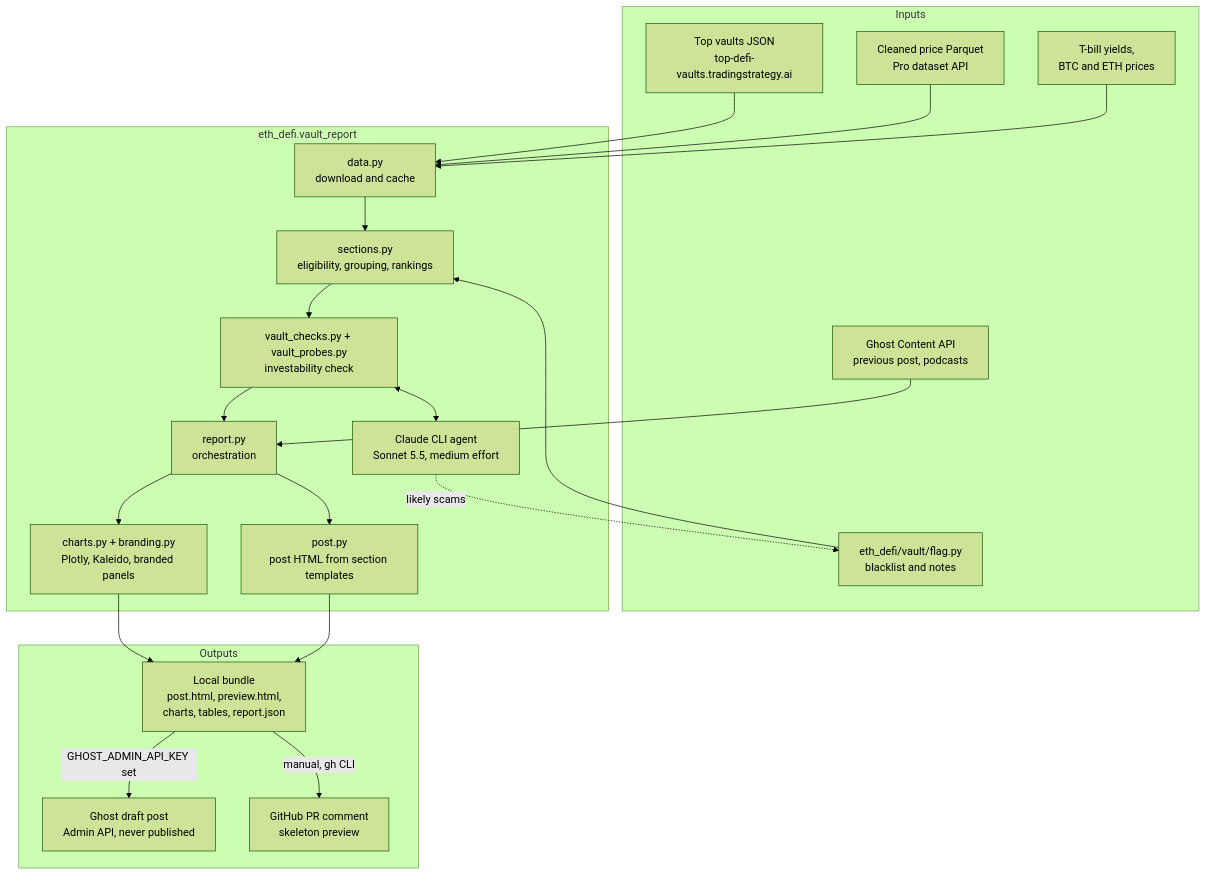
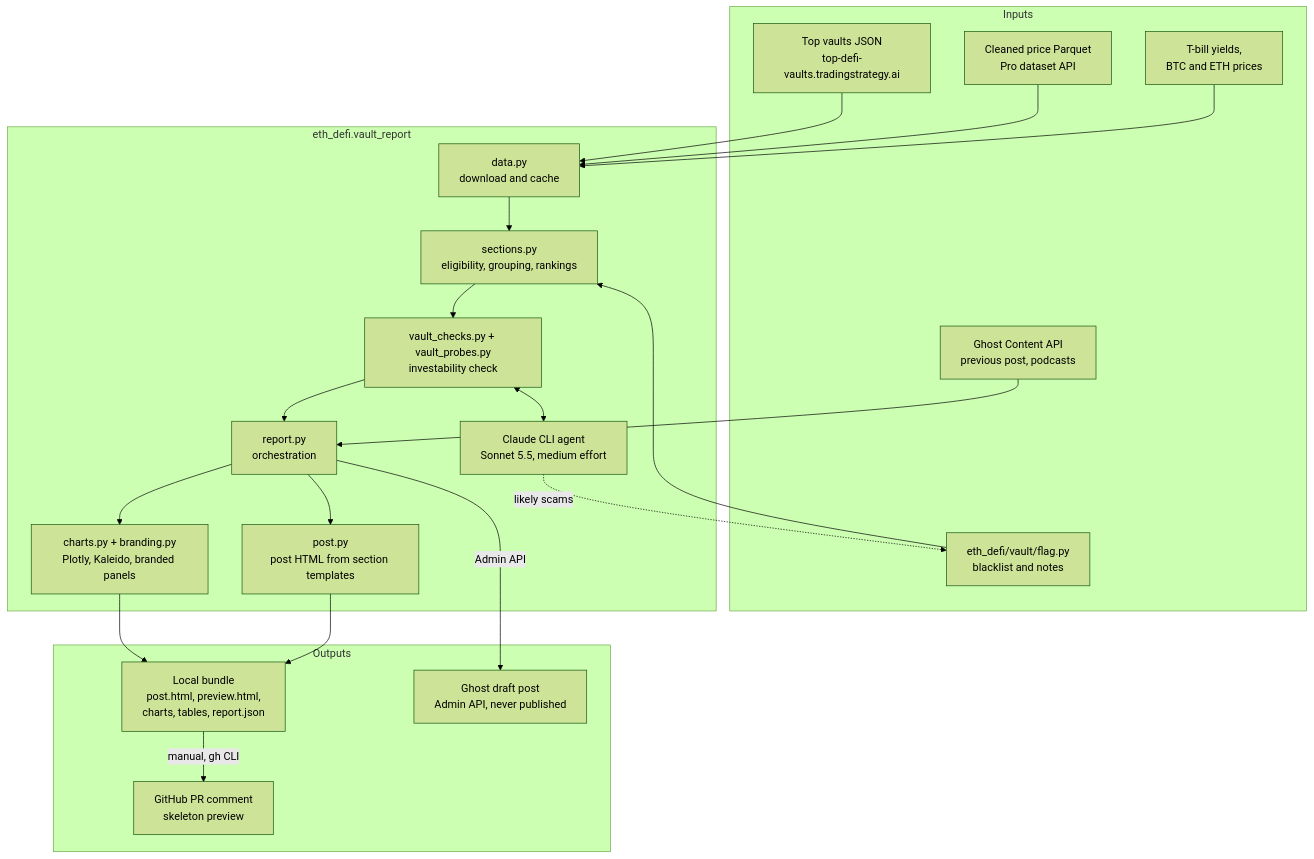
Before and after one commit to tradingstrategy-ai/web3-ethereum-defi: the diagram in eth_defi/vault_report/README-best-vaults-news.md, drawn with Mermaid (forest theme). The commit also changed other lines of this file and 4 other files, not shown here.

Commit message:
feat: the monthly vault report script creates the unpublished Ghost draft by default and stops at startup without a usable Admin API key

````diff
--- a/eth_defi/vault_report/README-best-vaults-news.md
+++ b/eth_defi/vault_report/README-best-vaults-news.md
@@ -40,42 +40,42 @@
 ```mermaid
 flowchart TD
     subgraph Inputs
         TV[Top vaults JSON<br/>top-defi-vaults.tradingstrategy.ai]
         PQ[Cleaned price Parquet<br/>Pro dataset API]
         BM[T-bill yields,<br/>BTC and ETH prices]
         GC[Ghost Content API<br/>previous post, podcasts]
         FL[eth_defi/vault/flag.py<br/>blacklist and notes]
     end
 
     subgraph Pipeline["eth_defi.vault_report"]
         DATA[data.py<br/>download and cache]
         SEC[sections.py<br/>eligibility, grouping, rankings]
         CHK[vault_checks.py + vault_probes.py<br/>investability check]
         AG[Claude CLI agent<br/>Sonnet 5.5, medium effort]
         CH[charts.py + branding.py<br/>Plotly, Kaleido, branded panels]
         POST[post.py<br/>post HTML from section templates]
         REP[report.py<br/>orchestration]
     end
 
     subgraph Outputs
         BUN[Local bundle<br/>post.html, preview.html,<br/>charts, tables, report.json]
         GH[Ghost draft post<br/>Admin API, never published]
         PR[GitHub PR comment<br/>skeleton preview]
     end
 
     TV --> DATA
     PQ --> DATA
     BM --> DATA
     GC --> REP
     FL --> SEC
     DATA --> SEC --> CHK
     CHK <--> AG
     AG -. likely scams .-> FL
     CHK --> REP
     REP --> CH
     REP --> POST
     CH --> BUN
     POST --> BUN
-    BUN -->|GHOST_ADMIN_API_KEY set| GH
+    REP -->|Admin API| GH
     BUN -->|manual, gh CLI| PR
 ```
````
